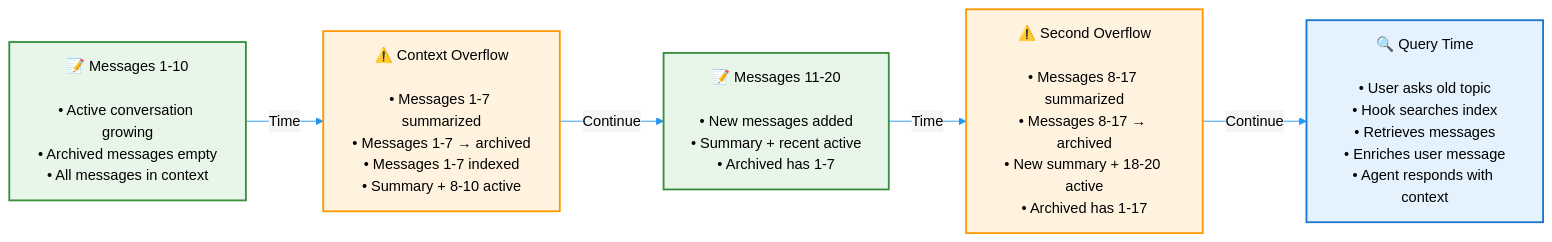
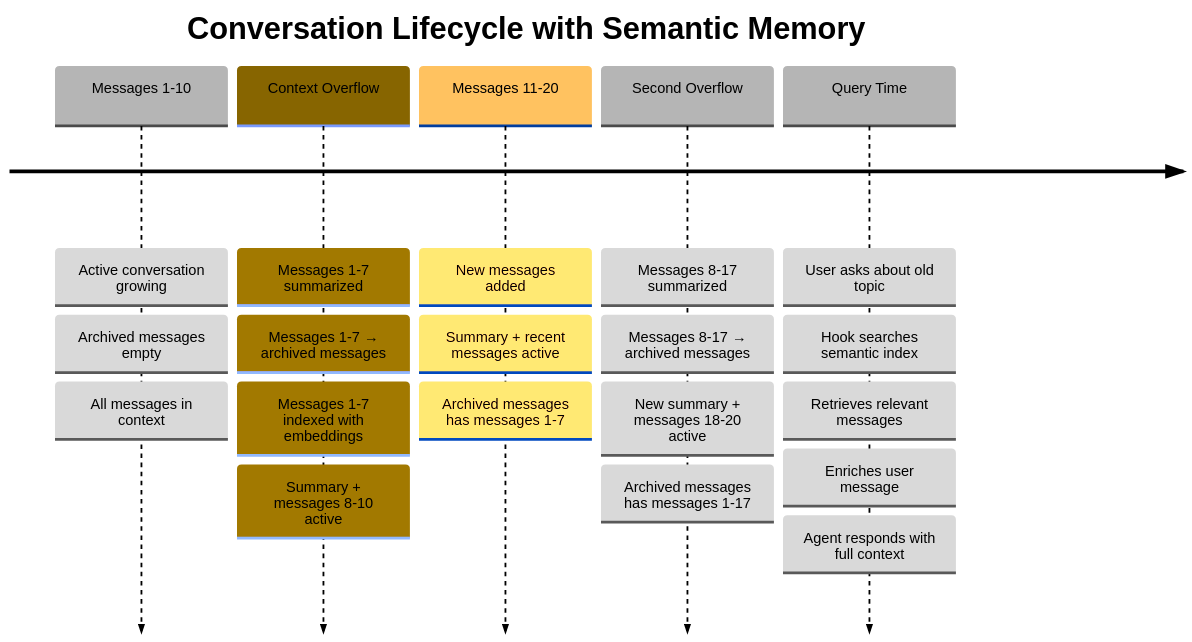
Before and after one commit to danilop/strands-agents-semantic-summarizing-conversation-manager: the third of 5 diagrams in README.md, drawn with Mermaid.

Commit message:
Restore timeline diagram - better format for showing progression
- Timeline format is clearer for showing temporal flow
- More complete information display than flow diagram
- Better structured presentation of the conversation lifecycle
- Accept Mermaid timeline's default styling as it's the best format for this content

````diff
--- a/README.md
+++ b/README.md
@@ -253,27 +253,29 @@
 ```mermaid
-%%{init: {"theme": "base", "themeVariables": {"primaryColor": "#F5F5F5", "primaryTextColor": "#000", "primaryBorderColor": "#9E9E9E", "lineColor": "#2196F3"}}}%%
-graph LR
-    classDef phase1 fill:#E8F5E9,stroke:#388E3C,stroke-width:2px,color:#000
-    classDef overflow fill:#FFF3E0,stroke:#FF9800,stroke-width:2px,color:#000
-    classDef phase2 fill:#F3E5F5,stroke:#7B1FA2,stroke-width:2px,color:#000
-    classDef query fill:#E3F2FD,stroke:#1976D2,stroke-width:2px,color:#000
+%%{init: {"theme": "base", "themeVariables": {"primaryColor": "#F5F5F5", "primaryTextColor": "#000", "primaryBorderColor": "#9E9E9E", "lineColor": "#2196F3", "secondaryColor": "#FFC107", "tertiaryColor": "#FFF3E0"}}}%%
+timeline
+    title Conversation Lifecycle with Semantic Memory
 
-    M1[📝 Messages 1-10<br/><br/>• Active conversation growing<br/>• Archived messages empty<br/>• All messages in context]
+    Messages 1-10 : Active conversation growing
+                  : Archived messages empty
+                  : All messages in context
 
-    O1[⚠️ Context Overflow<br/><br/>• Messages 1-7 summarized<br/>• Messages 1-7 → archived<br/>• Messages 1-7 indexed<br/>• Summary + 8-10 active]
+    Context Overflow : Messages 1-7 summarized
+                     : Messages 1-7 → archived messages
+                     : Messages 1-7 indexed with embeddings
+                     : Summary + messages 8-10 active
 
-    M2[📝 Messages 11-20<br/><br/>• New messages added<br/>• Summary + recent active<br/>• Archived has 1-7]
+    Messages 11-20 : New messages added
+                   : Summary + recent messages active
+                   : Archived messages has messages 1-7
 
-    O2[⚠️ Second Overflow<br/><br/>• Messages 8-17 summarized<br/>• Messages 8-17 → archived<br/>• New summary + 18-20 active<br/>• Archived has 1-17]
+    Second Overflow : Messages 8-17 summarized
+                    : Messages 8-17 → archived messages
+                    : New summary + messages 18-20 active
+                    : Archived messages has messages 1-17
 
-    Q[🔍 Query Time<br/><br/>• User asks old topic<br/>• Hook searches index<br/>• Retrieves messages<br/>• Enriches user message<br/>• Agent responds with context]
-
-    M1 -->|Time| O1
-    O1 -->|Continue| M2
-    M2 -->|Time| O2
-    O2 -->|Continue| Q
-
-    class M1,M2 phase1
-    class O1,O2 overflow
-    class Q query
+    Query Time : User asks about old topic
+               : Hook searches semantic index
+               : Retrieves relevant messages
+               : Enriches user message
+               : Agent responds with full context
 ```
````
